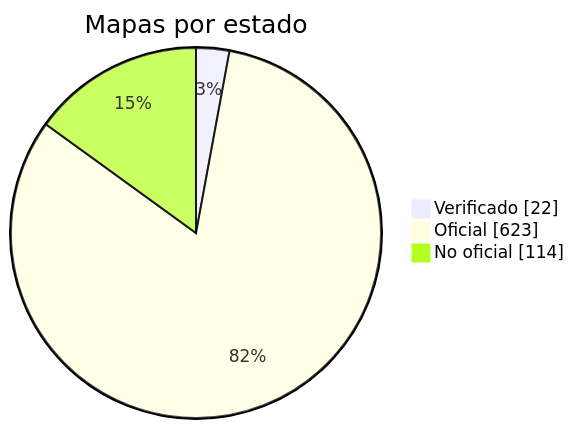
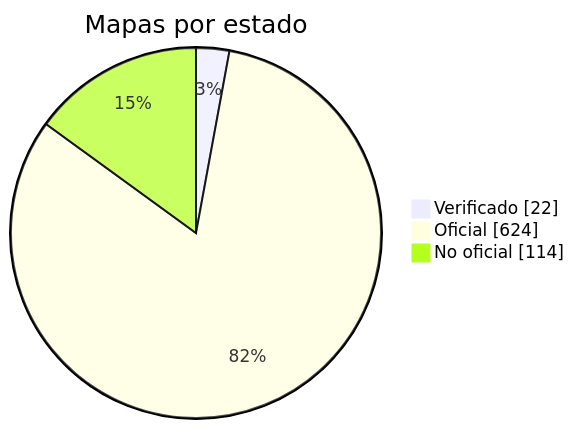
The diagram in docs/readme/README_ES.md (nobrega8/mbmap-library), drawn with Mermaid before and after one commit. The commit also changed 6 other files, not shown here.

````diff
--- a/docs/readme/README_ES.md
+++ b/docs/readme/README_ES.md
@@ -54,7 +54,7 @@
 ```mermaid
 pie showData
     title Mapas por estado
     "Verificado" : 22
-    "Oficial" : 623
+    "Oficial" : 624
     "No oficial" : 114
 ```
````
